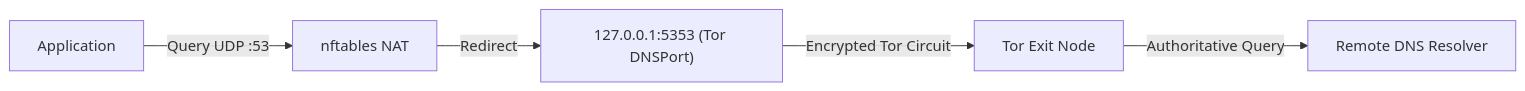
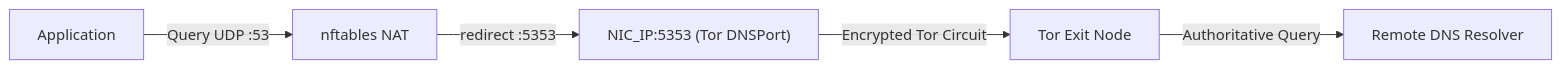
The second of 3 diagrams in docs/ARCHITECTURE.md (aleaz/anonbox), drawn with Mermaid before and after one commit. The commit also changed other lines of this file and 8 other files, not shown here.

````diff
--- a/docs/ARCHITECTURE.md
+++ b/docs/ARCHITECTURE.md
@@ -56,7 +56,7 @@
 ```mermaid
 flowchart LR
     App["Application"] -->|Query UDP :53| NFT["nftables NAT"]
-    NFT -->|Redirect| DNSPort["127.0.0.1:5353 (Tor DNSPort)"]
+    NFT -->|redirect :5353| DNSPort["NIC_IP:5353 (Tor DNSPort)"]
     DNSPort -->|Encrypted Tor Circuit| ExitNode["Tor Exit Node"]
     ExitNode -->|Authoritative Query| DNSResolver["Remote DNS Resolver"]
 ```
````
